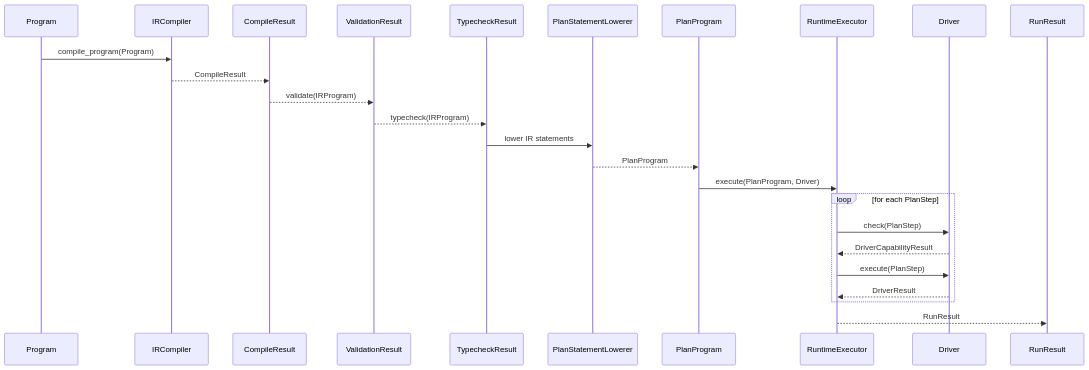
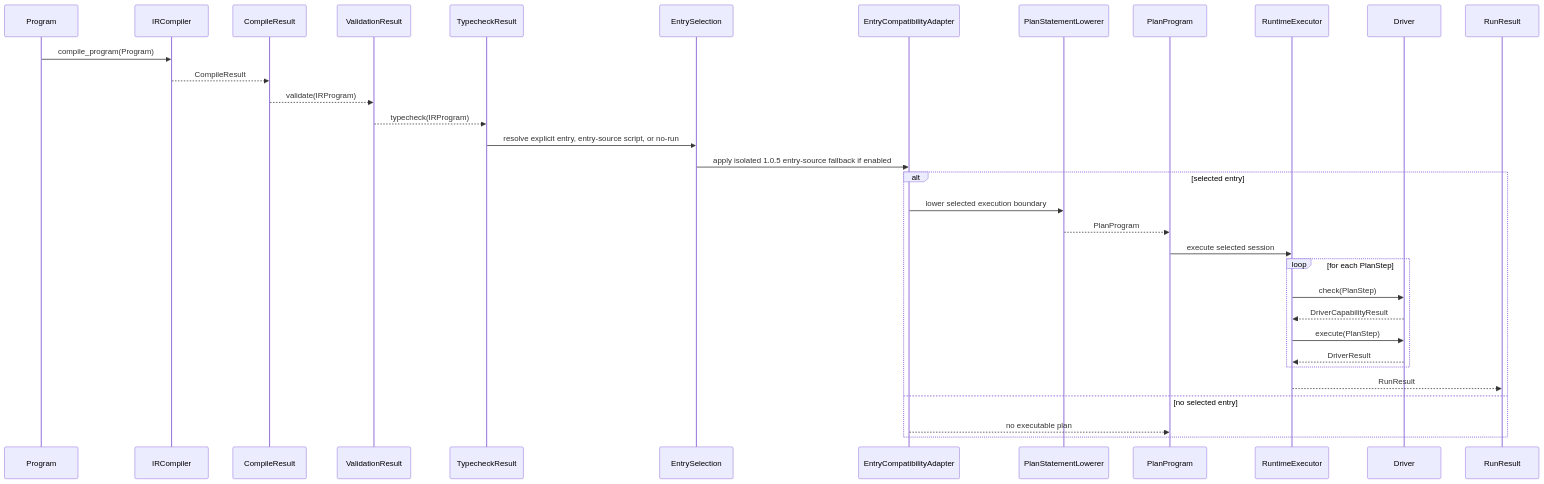
One commit to culsma/culsma changed the second of 2 diagrams in docs/global_architecture_diagrams.md. Above: the diagram before and after it, drawn with Mermaid. The commit also changed other lines of this file and 30 other files, not shown here.

Commit message:
feat: separate script entry execution

````diff
--- a/docs/global_architecture_diagrams.md
+++ b/docs/global_architecture_diagrams.md
@@ -40,28 +44,36 @@
 ```mermaid
 sequenceDiagram
     participant Program
     participant IRCompiler
     participant CompileResult
     participant ValidationResult
     participant TypecheckResult
+    participant EntrySelection
+    participant EntryCompatibilityAdapter
     participant PlanStatementLowerer
     participant PlanProgram
     participant RuntimeExecutor
     participant Driver
     participant RunResult
 
     Program->>IRCompiler: compile_program(Program)
     IRCompiler-->>CompileResult: CompileResult
     CompileResult-->>ValidationResult: validate(IRProgram)
     ValidationResult-->>TypecheckResult: typecheck(IRProgram)
-    TypecheckResult->>PlanStatementLowerer: lower IR statements
-    PlanStatementLowerer-->>PlanProgram: PlanProgram
-    PlanProgram->>RuntimeExecutor: execute(PlanProgram, Driver)
-    loop for each PlanStep
-        RuntimeExecutor->>Driver: check(PlanStep)
-        Driver-->>RuntimeExecutor: DriverCapabilityResult
-        RuntimeExecutor->>Driver: execute(PlanStep)
-        Driver-->>RuntimeExecutor: DriverResult
+    TypecheckResult->>EntrySelection: resolve explicit entry, entry-source script, or no-run
+    EntrySelection->>EntryCompatibilityAdapter: apply isolated 1.0.5 entry-source fallback if enabled
+    alt selected entry
+        EntryCompatibilityAdapter->>PlanStatementLowerer: lower selected execution boundary
+        PlanStatementLowerer-->>PlanProgram: PlanProgram
+        PlanProgram->>RuntimeExecutor: execute selected session
+        loop for each PlanStep
+            RuntimeExecutor->>Driver: check(PlanStep)
+            Driver-->>RuntimeExecutor: DriverCapabilityResult
+            RuntimeExecutor->>Driver: execute(PlanStep)
+            Driver-->>RuntimeExecutor: DriverResult
+        end
+        RuntimeExecutor-->>RunResult: RunResult
+    else no selected entry
+        EntryCompatibilityAdapter-->>PlanProgram: no executable plan
     end
-    RuntimeExecutor-->>RunResult: RunResult
 ```
````
